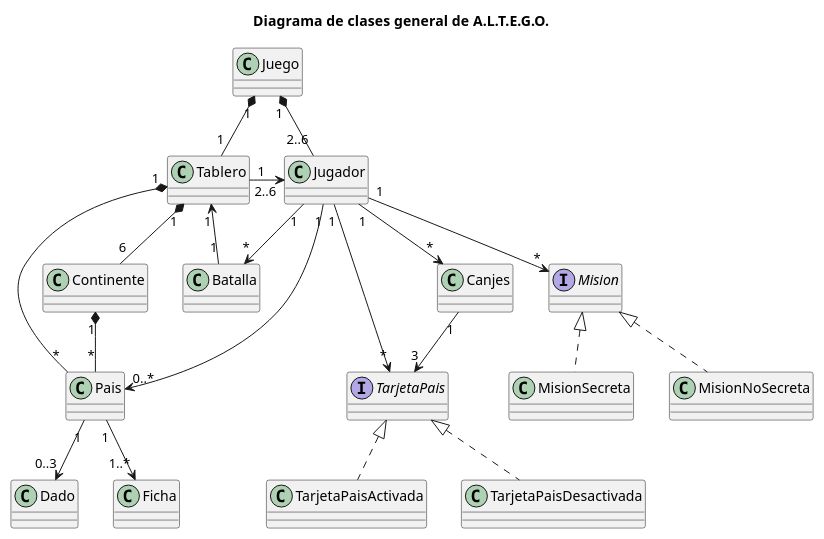
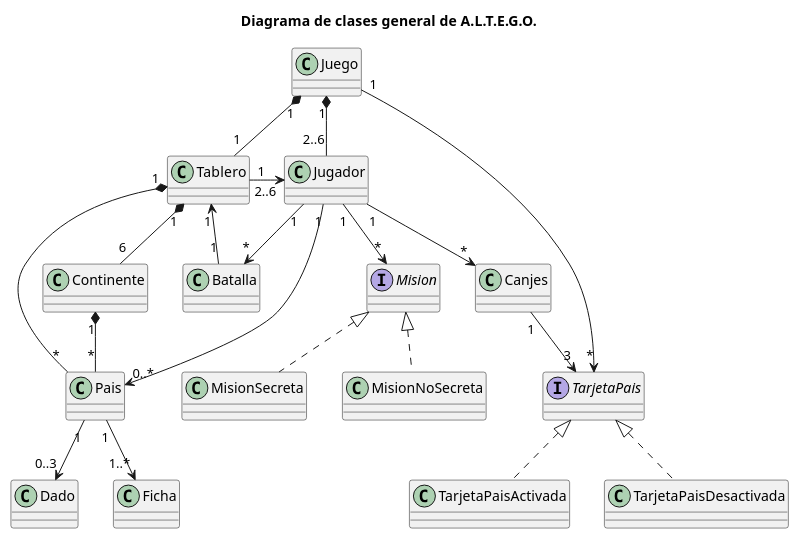
One commit to daniela41149/algo3_tp2 changed the diagram in diagramas/dc.wsd. Above: the diagram before and after it, drawn with PlantUML. The commit also changed 1 other file, not shown here.

Commit message:
final diagramas

```diff
--- a/diagramas/dc.wsd
+++ b/diagramas/dc.wsd
@@ -1,92 +1,92 @@
 @startuml
 
 title "Diagrama de clases general de A.L.T.E.G.O."
 class Juego{
 {method} 
 }
 
 interface TarjetaPais{
 {field} 
 {method} 
 }
 
 class TarjetaPaisActivada{
 {field} 
 {method} 
 }
 
 class TarjetaPaisDesactivada{
 {field} 
 {method} 
 }
 
 class Tablero{
 {field} 
 {method} 
 }
 
 class Jugador{
 {field} 
 {method} 
 }
 
 class Pais{
 {field} 
 {method} 
 }
 
 class Dado{
 {field} 
 {method} 
 }
 
 interface Mision{
 {field} 
 {method} 
 }
 
 class Batalla{
 {field} 
 {method} 
 }
 
 class Continente{
 {field} 
 {method} 
 }
 
 class MisionSecreta{
 {field} 
 {method} 
 }
 
 class MisionNoSecreta{
 {field} 
 {method} 
 }
 
 class Canjes{
 {field} 
 {method} 
 }
 
 Juego "1" *-- "1" Tablero
 Juego "1" *-- "2..6" Jugador
 Tablero "1" *-- "*" Pais
 Jugador "1" --> "0..*" Pais
 Jugador "1" --> "*" Batalla
 Tablero "1" *-- "6" Continente
 Continente "1" *-- "*" Pais
 Pais "1" --> "0..3" Dado
 Pais "1" --> "1..*" Ficha
 Jugador "1" --> "*" Canjes
 Jugador "1" --> "*" Mision
 Mision <|.. MisionSecreta
 Mision <|.. MisionNoSecreta
-Jugador "1" --> "*" TarjetaPais
+Juego "1" --> "*" TarjetaPais
 TarjetaPais <|.. TarjetaPaisActivada
 TarjetaPais <|.. TarjetaPaisDesactivada
 Tablero "1" <-- "1" Batalla
 Tablero "1  " -> "  2..6" Jugador
 Canjes "1" --> "3" TarjetaPais
 @enduml
```
